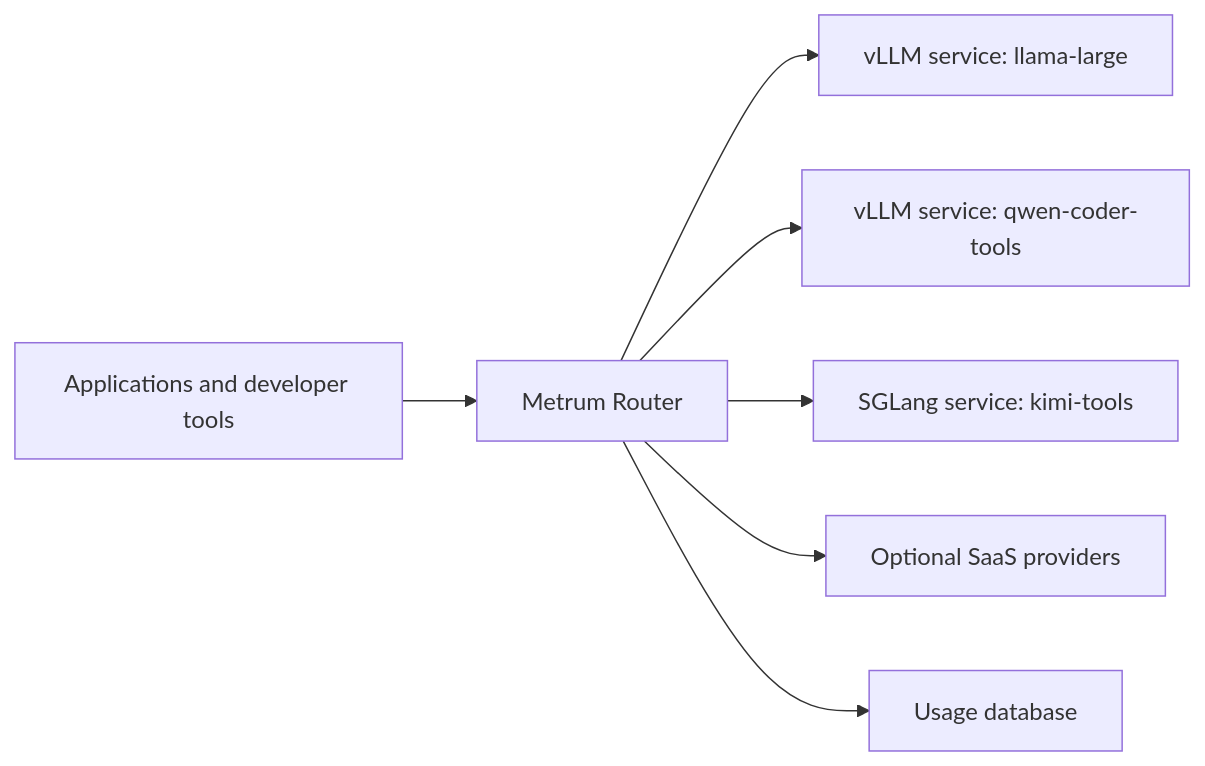
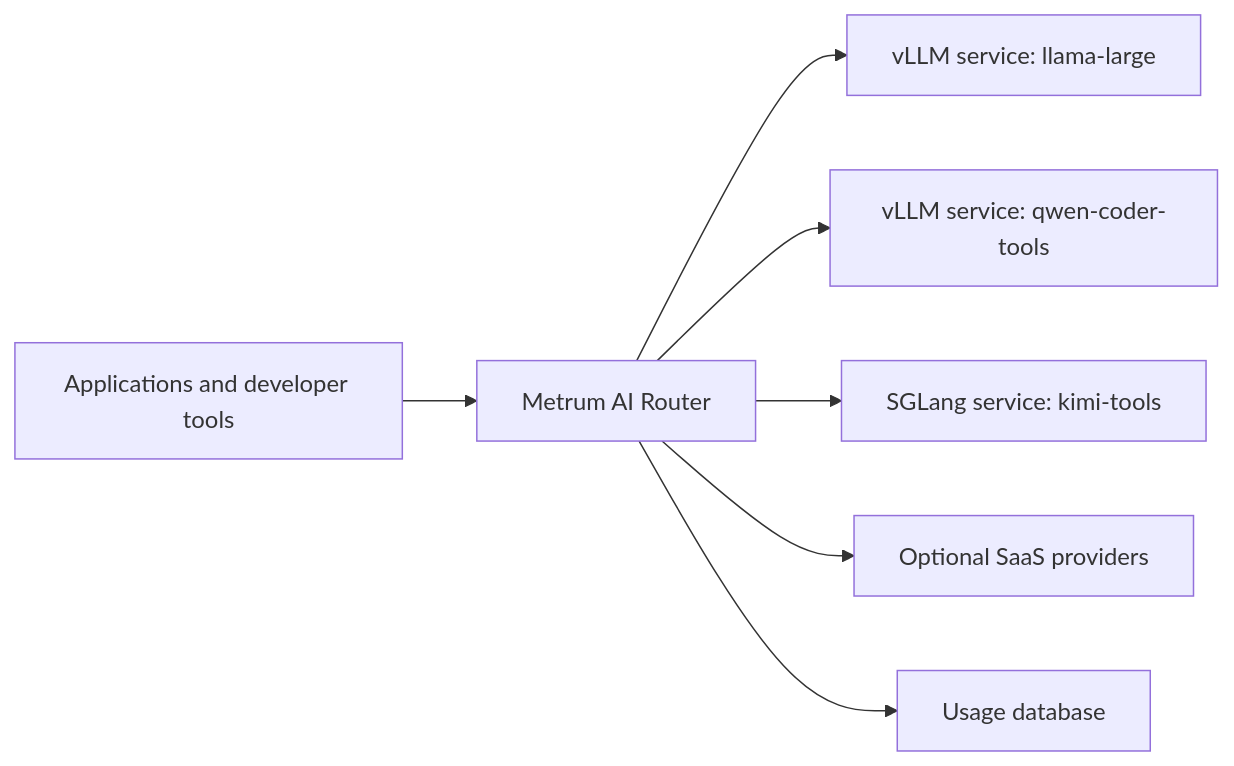
The diagram in docs-site/docs/configuration/self-hosted-upstreams.md (Metrum-AI-Products/genai-smart-router), drawn with Mermaid before and after one commit. The commit also changed other lines of this file and 52 other files, not shown here.

````diff
--- a/docs-site/docs/configuration/self-hosted-upstreams.md
+++ b/docs-site/docs/configuration/self-hosted-upstreams.md
@@ -20,9 +20,9 @@
 ```mermaid
 flowchart LR
-  App[Applications and developer tools] --> Router[Metrum Router]
+  App[Applications and developer tools] --> Router[Metrum AI Router]
   Router --> VL1[vLLM service: llama-large]
   Router --> VL2[vLLM service: qwen-coder-tools]
   Router --> SG1[SGLang service: kimi-tools]
   Router --> SaaS[Optional SaaS providers]
   Router --> DB[Usage database]
 ```
````
